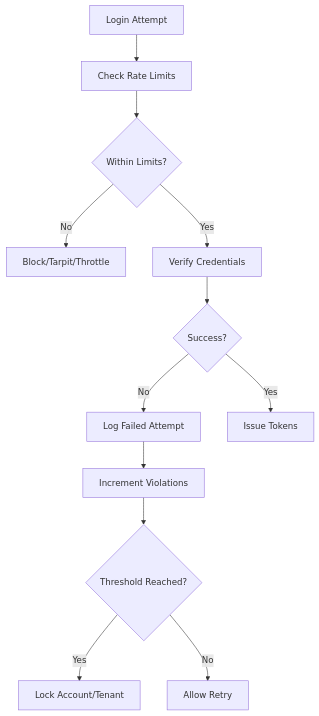
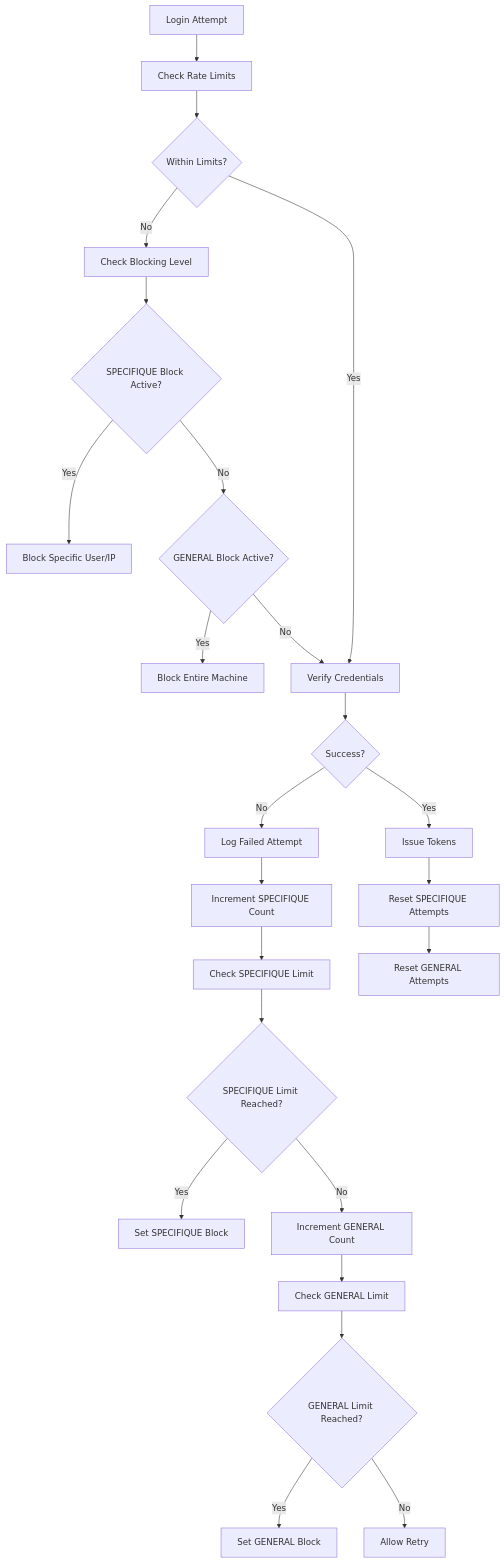
Before and after one commit to franckylab/eLISAschool: the sixth of 9 diagrams in .qoder/repowiki/en/content/Authentication & Authorization/Security Measures.md, drawn with Mermaid. The commit also changed other lines of this file and 66 other files, not shown here.

````diff
--- a/.qoder/repowiki/en/content/Authentication & Authorization/Security Measures.md
+++ b/.qoder/repowiki/en/content/Authentication & Authorization/Security Measures.md
@@ -288,14 +390,26 @@
 ```mermaid
 flowchart TD
 Attempt["Login Attempt"] --> CheckRate["Check Rate Limits"]
 CheckRate --> Allowed{"Within Limits?"}
-Allowed --> |No| Block["Block/Tarpit/Throttle"]
-Allowed --> |Yes| Verify["Verify Credentials"]
+Allowed --> |No| CheckLevel["Check Blocking Level"]
+CheckLevel --> SpecBlock{"SPECIFIQUE Block Active?"}
+SpecBlock --> |Yes| BlockSpec["Block Specific User/IP"]
+SpecBlock --> |No| GenBlock{"GENERAL Block Active?"}
+GenBlock --> |Yes| BlockGen["Block Entire Machine"]
+GenBlock --> |No| Verify["Verify Credentials"]
+Allowed --> |Yes| Verify
 Verify --> Result{"Success?"}
 Result --> |No| LogFail["Log Failed Attempt"]
-LogFail --> Inc["Increment Violations"]
-Inc --> Lock{"Threshold Reached?"}
-Lock --> |Yes| LockAcc["Lock Account/Tenant"]
-Lock --> |No| Retry["Allow Retry"]
+LogFail --> IncSpec["Increment SPECIFIQUE Count"]
+IncSpec --> CheckSpecLimit["Check SPECIFIQUE Limit"]
+CheckSpecLimit --> SpecLimit{"SPECIFIQUE Limit Reached?"}
+SpecLimit --> |Yes| SetSpecBlock["Set SPECIFIQUE Block"]
+SpecLimit --> |No| IncGen["Increment GENERAL Count"]
+IncGen --> CheckGenLimit["Check GENERAL Limit"]
+CheckGenLimit --> GenLimit{"GENERAL Limit Reached?"}
+GenLimit --> |Yes| SetGenBlock["Set GENERAL Block"]
+GenLimit --> |No| Retry["Allow Retry"]
 Result --> |Yes| IssueTokens["Issue Tokens"]
+IssueTokens --> ResetSpec["Reset SPECIFIQUE Attempts"]
+ResetSpec --> ResetGen["Reset GENERAL Attempts"]
 ```
````
